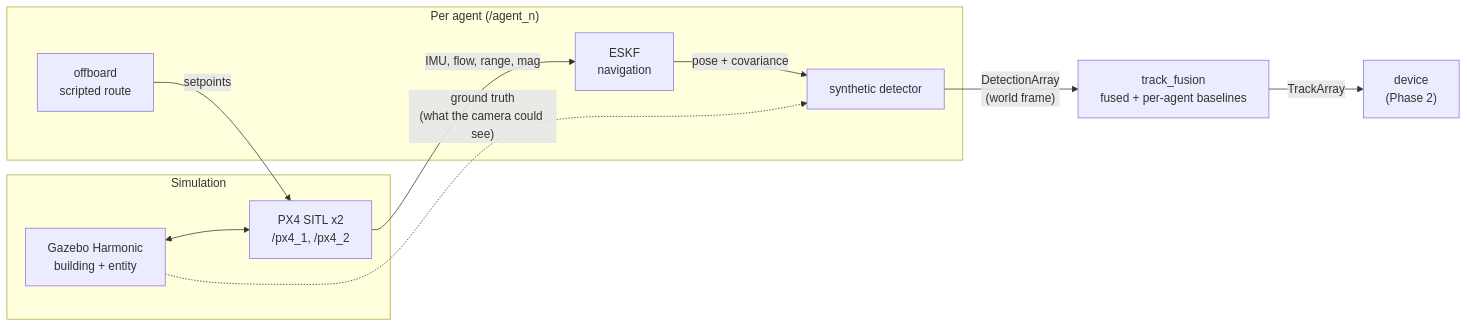
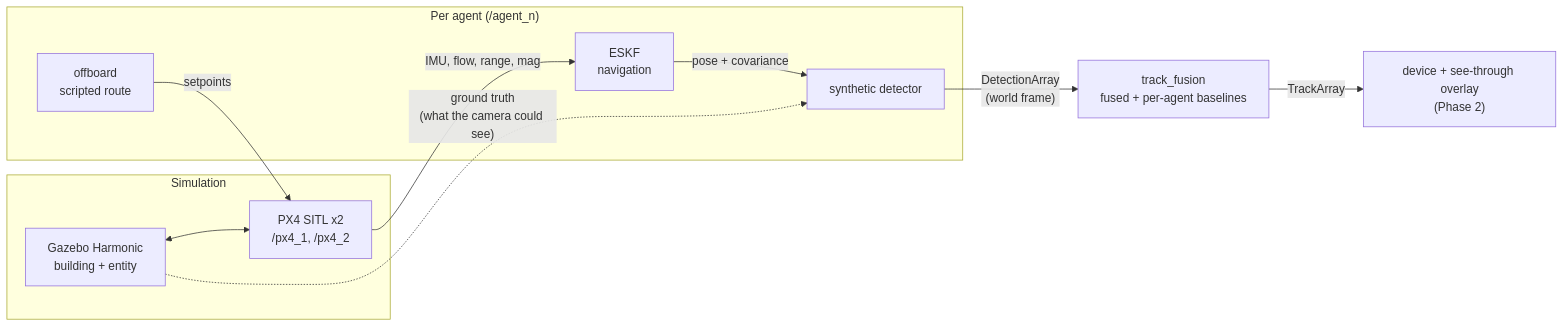
One commit to W7RP/extrasensory-perception changed the diagram in README.md. Above: the diagram before and after it, drawn with Mermaid. The commit also changed other lines of this file and 1 other file, not shown here.

First line of the commit message:
docs: state the see-through-walls goal and plan the overlay

````diff
--- a/README.md
+++ b/README.md
@@ -134,21 +139,21 @@
 ```mermaid
 flowchart LR
   subgraph SIM["Simulation"]
     GZ["Gazebo Harmonic<br/>building + entity"]
     PX["PX4 SITL x2<br/>/px4_1, /px4_2"]
   end
   subgraph AG["Per agent (/agent_n)"]
     ESKF["ESKF<br/>navigation"]
     DET["synthetic detector"]
     OFF["offboard<br/>scripted route"]
   end
   FUS["track_fusion<br/>fused + per-agent baselines"]
-  DEV["device<br/>(Phase 2)"]
+  DEV["device + see-through overlay<br/>(Phase 2)"]
   GZ <--> PX
   PX -- "IMU, flow, range, mag" --> ESKF
   ESKF -- "pose + covariance" --> DET
   GZ -. "ground truth<br/>(what the camera could see)" .-> DET
   OFF -- "setpoints" --> PX
   DET -- "DetectionArray<br/>(world frame)" --> FUS
   FUS -- "TrackArray" --> DEV
 ```
````
